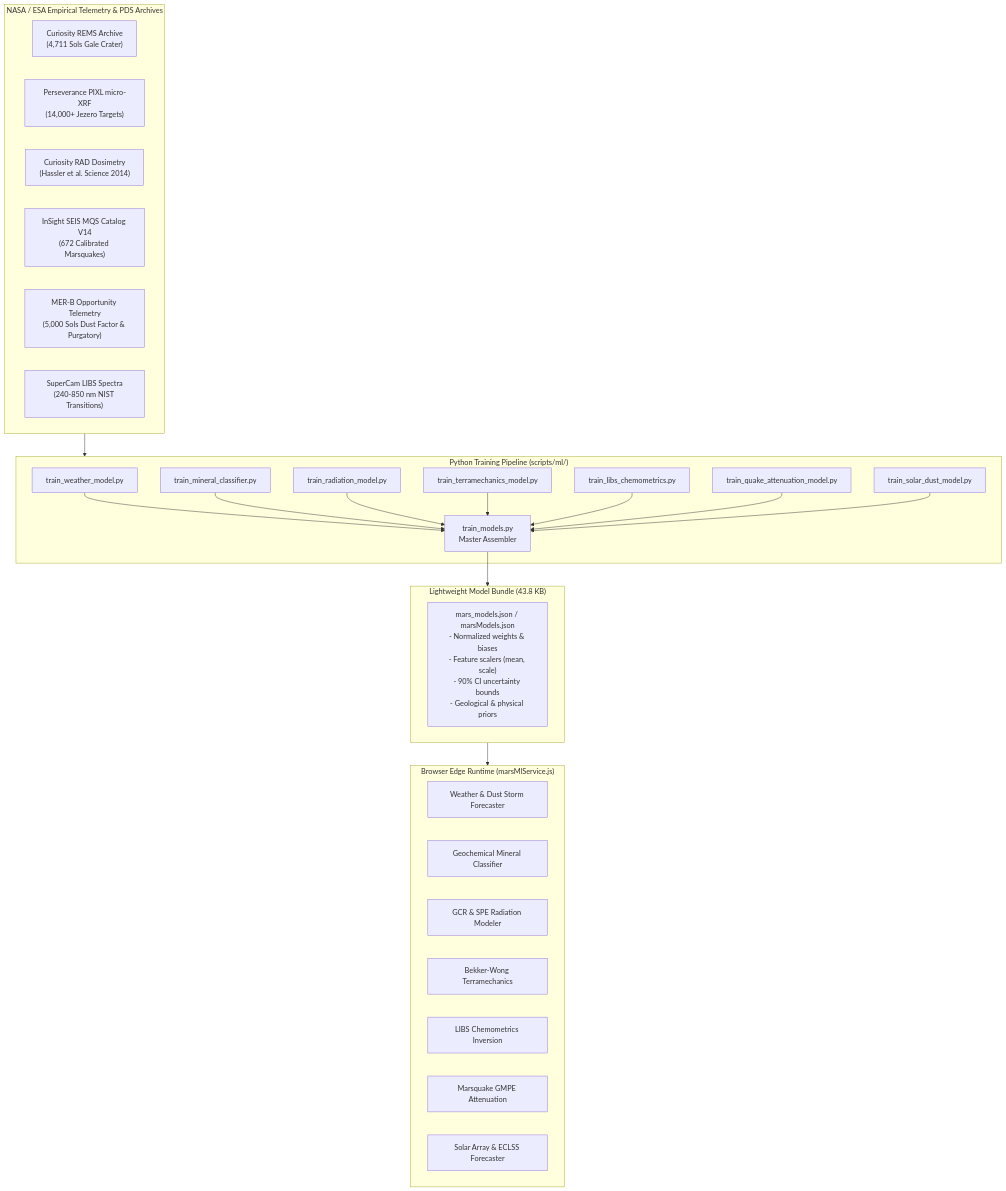
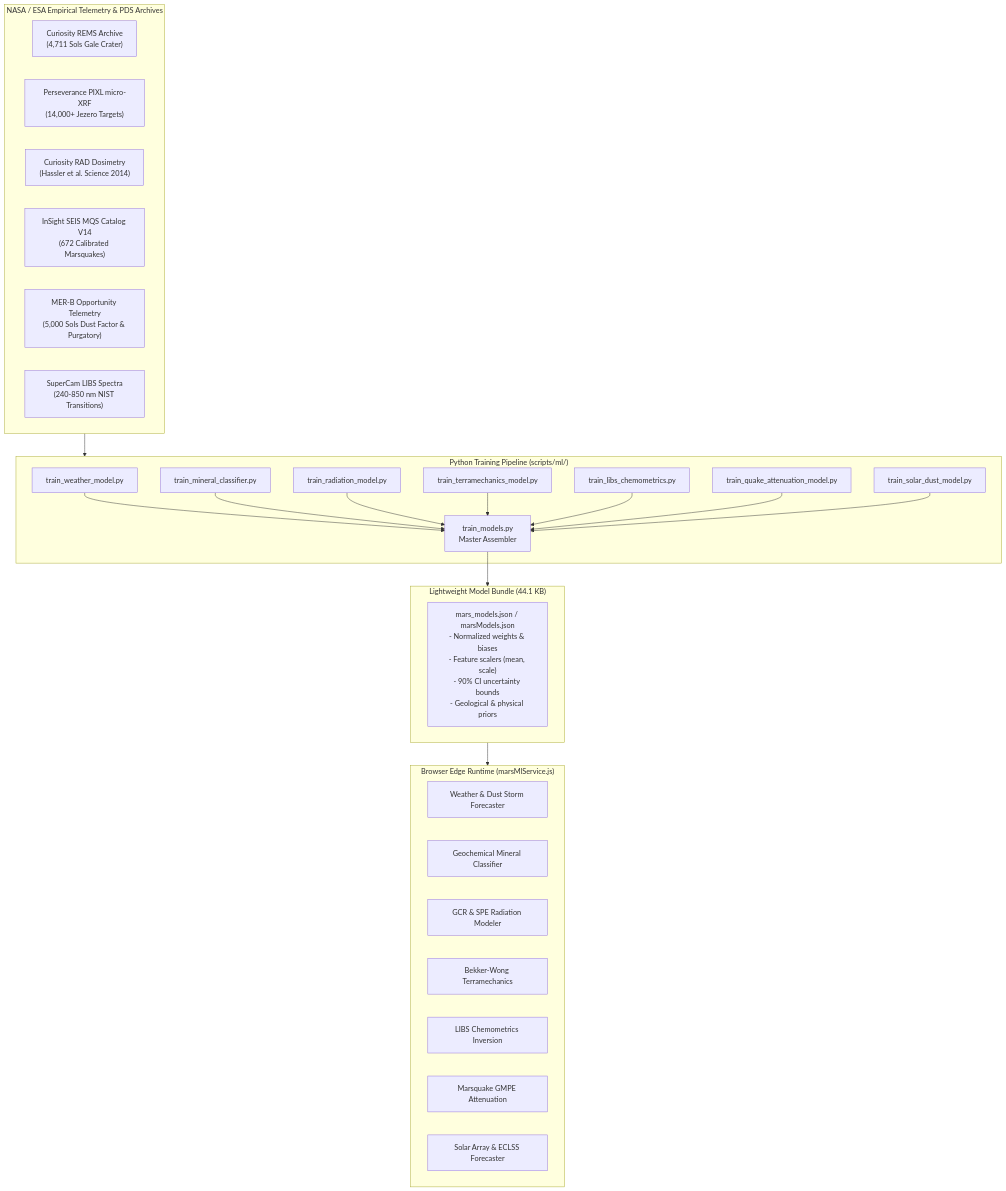
Before and after one commit to Dipbroto/Martis-Ovikorsho: the first of 3 diagrams in docs/ML_MODELS_SPECIFICATION.md, drawn with Mermaid. The commit also changed other lines of this file and 6 other files, not shown here.

````diff
--- a/docs/ML_MODELS_SPECIFICATION.md
+++ b/docs/ML_MODELS_SPECIFICATION.md
@@ -17,41 +17,41 @@
 ```mermaid
 flowchart TD
     subgraph DataSources["NASA / ESA Empirical Telemetry & PDS Archives"]
         D1["Curiosity REMS Archive<br/>(4,711 Sols Gale Crater)"]
         D2["Perseverance PIXL micro-XRF<br/>(14,000+ Jezero Targets)"]
         D3["Curiosity RAD Dosimetry<br/>(Hassler et al. Science 2014)"]
         D4["InSight SEIS MQS Catalog V14<br/>(672 Calibrated Marsquakes)"]
         D5["MER-B Opportunity Telemetry<br/>(5,000 Sols Dust Factor & Purgatory)"]
         D6["SuperCam LIBS Spectra<br/>(240-850 nm NIST Transitions)"]
     end
 
     subgraph TrainingPipeline["Python Training Pipeline (scripts/ml/)"]
         P1["train_weather_model.py"]
         P2["train_mineral_classifier.py"]
         P3["train_radiation_model.py"]
         P4["train_terramechanics_model.py"]
         P5["train_libs_chemometrics.py"]
         P6["train_quake_attenuation_model.py"]
         P7["train_solar_dust_model.py"]
         TALL["train_models.py<br/>Master Assembler"]
     end
 
-    subgraph CompactArtifact["Lightweight Model Bundle (43.8 KB)"]
+    subgraph CompactArtifact["Lightweight Model Bundle (44.1 KB)"]
         JSON["mars_models.json / marsModels.json<br/>- Normalized weights & biases<br/>- Feature scalers (mean, scale)<br/>- 90% CI uncertainty bounds<br/>- Geological & physical priors"]
     end
 
     subgraph ClientRuntime["Browser Edge Runtime (marsMlService.js)"]
         R1["Weather & Dust Storm Forecaster"]
         R2["Geochemical Mineral Classifier"]
         R3["GCR & SPE Radiation Modeler"]
         R4["Bekker-Wong Terramechanics"]
         R5["LIBS Chemometrics Inversion"]
         R6["Marsquake GMPE Attenuation"]
         R7["Solar Array & ECLSS Forecaster"]
     end
 
     DataSources --> TrainingPipeline
     P1 & P2 & P3 & P4 & P5 & P6 & P7 --> TALL
     TALL --> CompactArtifact
     CompactArtifact --> ClientRuntime
 ```
````
